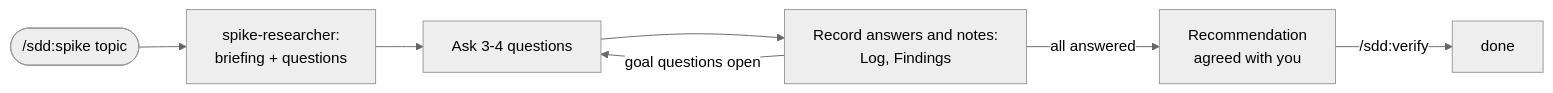
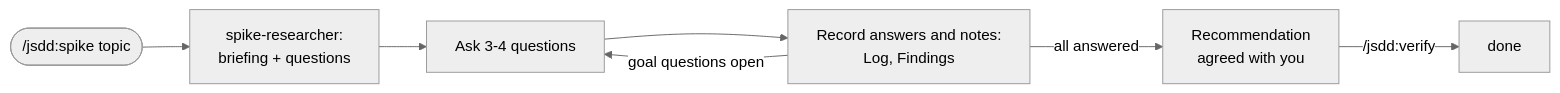
The third of 3 diagrams in starters/specs/README.md (JoDi-27/JoDi-SDD), drawn with Mermaid (neutral theme) before and after one commit. The commit also changed other lines of this file and 23 other files, not shown here.

Commit message:
[meta] Rename the kit to jodi-sdd, with the plugin and CLI as jsdd

````diff
--- a/starters/specs/README.md
+++ b/starters/specs/README.md
@@ -65,9 +65,9 @@
 ```mermaid
 flowchart LR
-  start(["/sdd:spike topic"]) --> prep[spike-researcher:<br/>briefing + questions]
+  start(["/jsdd:spike topic"]) --> prep[spike-researcher:<br/>briefing + questions]
   prep --> ask[Ask 3-4 questions]
   ask --> takein[Record answers and notes:<br/>Log, Findings]
   takein -->|"goal questions open"| ask
   takein -->|"all answered"| rec[Recommendation<br/>agreed with you]
-  rec -->|/sdd:verify| done
+  rec -->|/jsdd:verify| done
 ```
````
